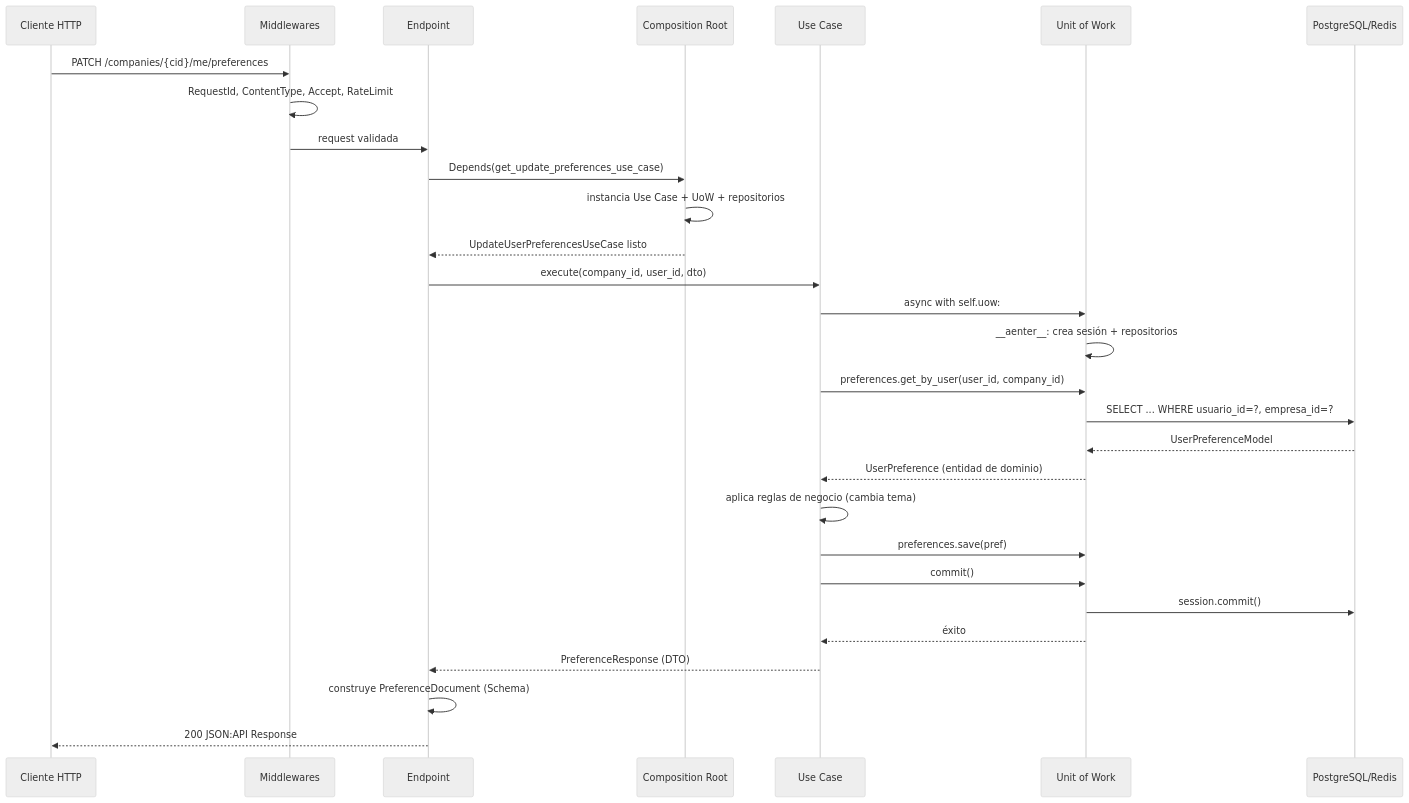
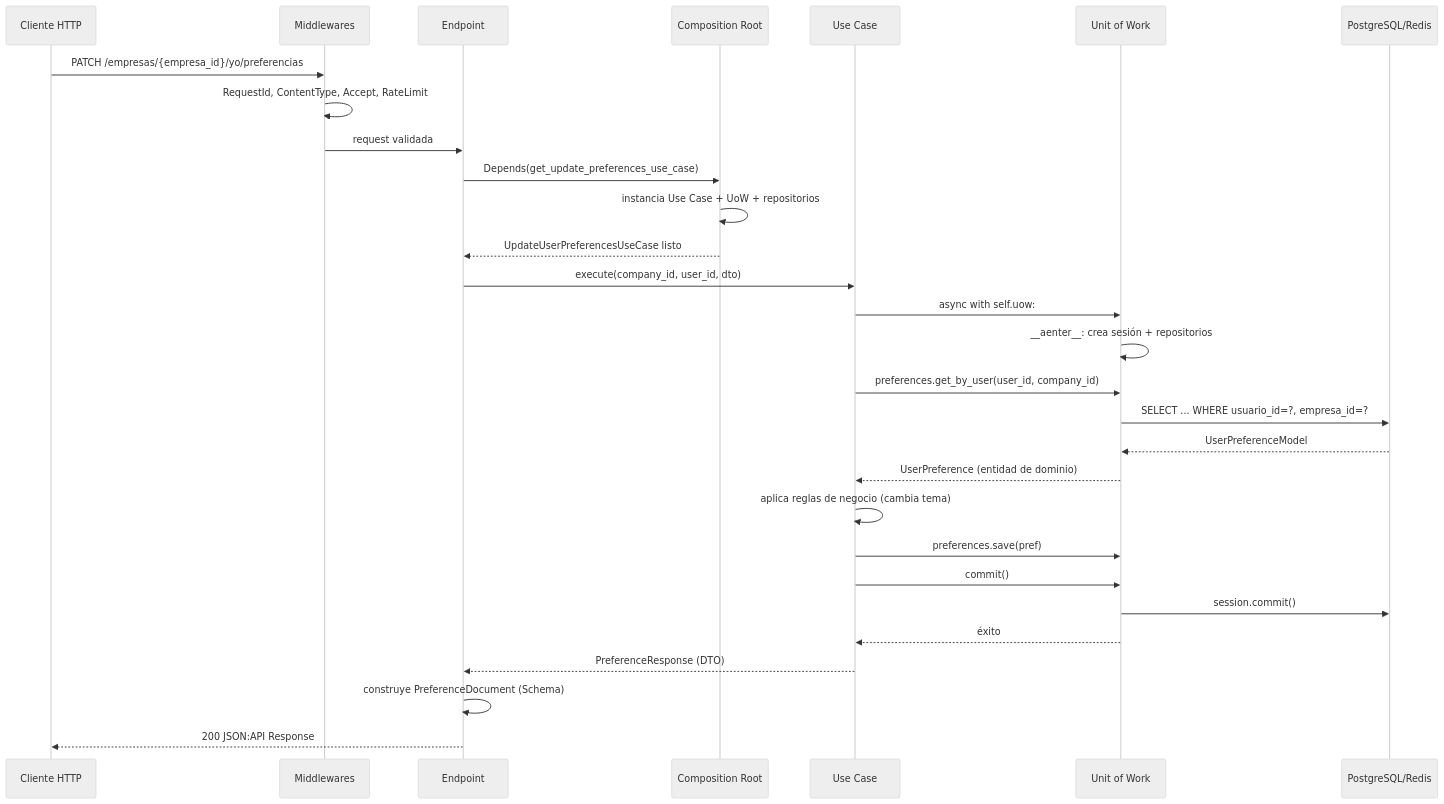
One commit to GEMA-app/GEMA-docs changed the second of 3 diagrams in content/docs/backend/workflows/create-api-endpoint.mdx. Above: the diagram before and after it, drawn with Mermaid (neutral theme). The commit also changed other lines of this file, not shown here.

````diff
--- a/content/docs/backend/workflows/create-api-endpoint.mdx
+++ b/content/docs/backend/workflows/create-api-endpoint.mdx
@@ -124,32 +126,32 @@
 ```mermaid
 sequenceDiagram
     participant C as Cliente HTTP
     participant M as Middlewares
     participant E as Endpoint
     participant CR as Composition Root
     participant UC as Use Case
     participant UoW as Unit of Work
     participant DB as PostgreSQL/Redis
 
-    C->>M: PATCH /companies/{cid}/me/preferences
+    C->>M: PATCH /empresas/{empresa_id}/yo/preferencias
     M->>M: RequestId, ContentType, Accept, RateLimit
     M->>E: request validada
     E->>CR: Depends(get_update_preferences_use_case)
     CR->>CR: instancia Use Case + UoW + repositorios
     CR-->>E: UpdateUserPreferencesUseCase listo
     E->>UC: execute(company_id, user_id, dto)
     UC->>UoW: async with self.uow:
     UoW->>UoW: __aenter__: crea sesión + repositorios
     UC->>UoW: preferences.get_by_user(user_id, company_id)
     UoW->>DB: SELECT ... WHERE usuario_id=?, empresa_id=?
     DB-->>UoW: UserPreferenceModel
     UoW-->>UC: UserPreference (entidad de dominio)
     UC->>UC: aplica reglas de negocio (cambia tema)
     UC->>UoW: preferences.save(pref)
     UC->>UoW: commit()
     UoW->>DB: session.commit()
     UoW-->>UC: éxito
     UC-->>E: PreferenceResponse (DTO)
     E->>E: construye PreferenceDocument (Schema)
     E-->>C: 200 JSON:API Response
 ```
````
